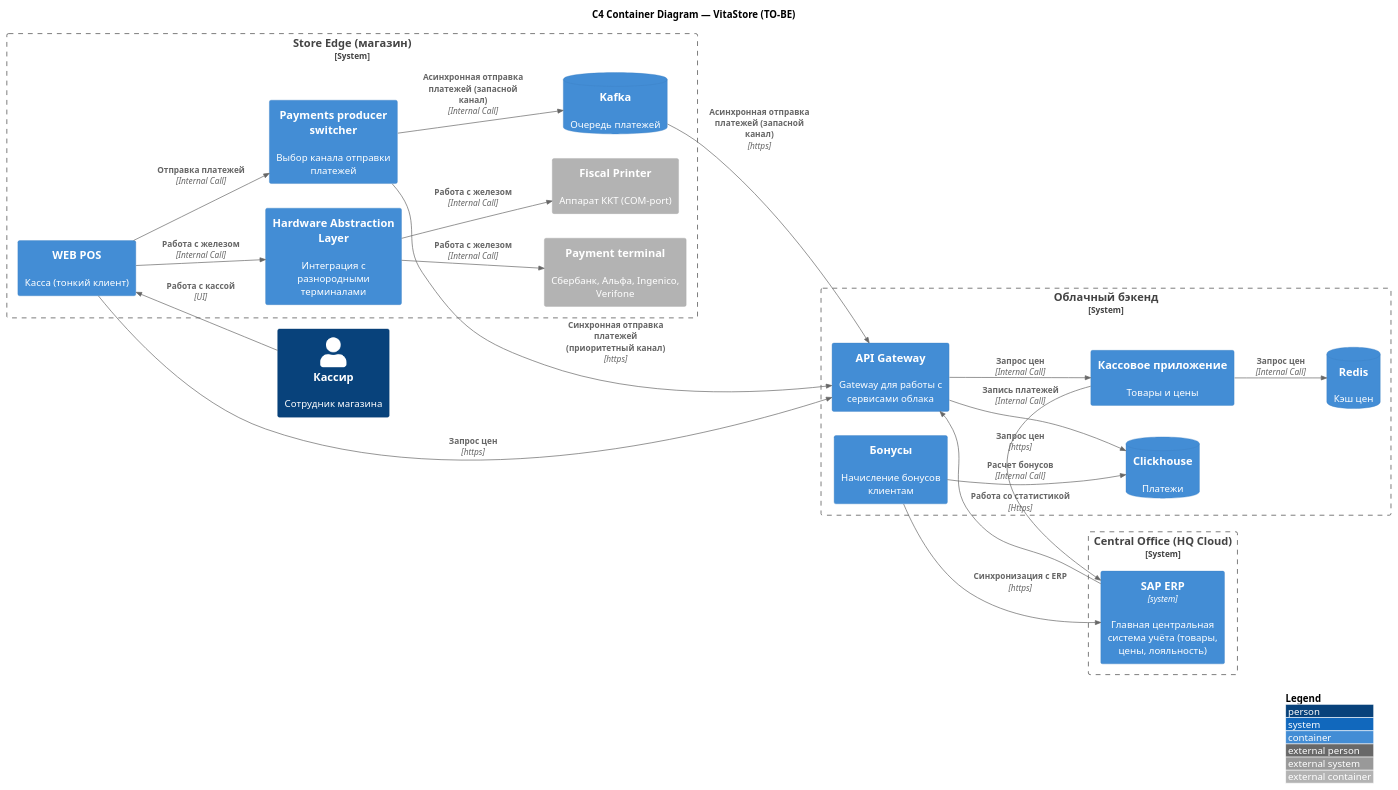
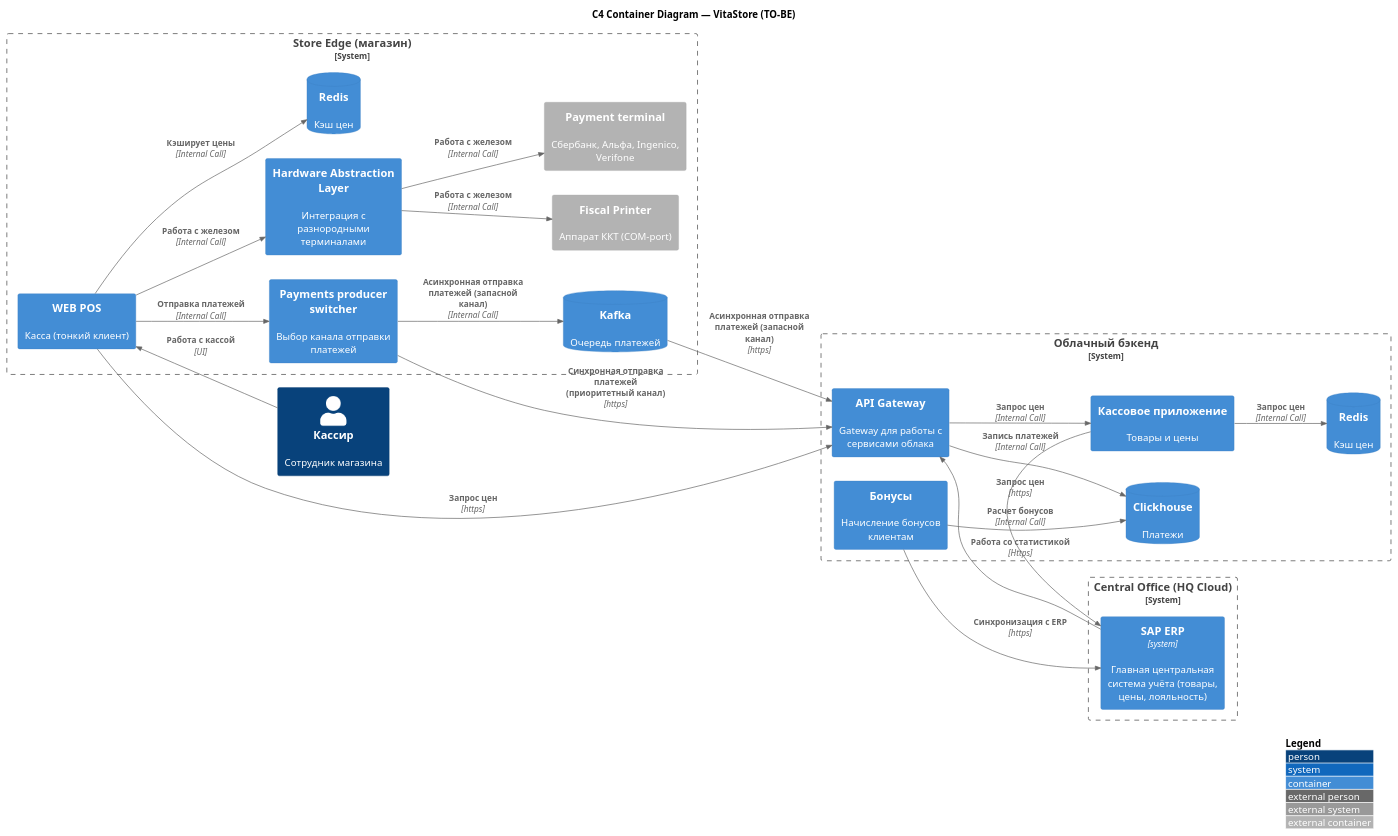
One commit to wan3s/Solution-VitaStore changed the diagram in task3/tobe.wsd. Above: the diagram before and after it, drawn with PlantUML. The commit also changed 2 other files, not shown here.

```diff
--- a/task3/tobe.wsd
+++ b/task3/tobe.wsd
@@ -1,175 +1,177 @@
 @startuml
 !include https://raw.githubusercontent.com/plantuml-stdlib/C4-PlantUML/master/C4_Container.puml
 
 LAYOUT_WITH_LEGEND()
 LAYOUT_LEFT_RIGHT()
 
 title C4 Container Diagram — VitaStore (TO-BE)
 
 ' ====================== Акторы ======================
 Person(cashier, "Кассир", "Сотрудник магазина")
 
 ' ====================== Микросервисы ======================
 
 System_Boundary(hqCloud, "Central Office (HQ Cloud)", "[system]") {
     Container(sapERP, "SAP ERP", "system", "Главная центральная система учёта (товары, цены, лояльность)")
 }
 
 
 System_Boundary(storeEdge, "Store Edge (магазин)") {
 
     Container(webPOS, "WEB POS", "", "Касса (тонкий клиент)")
     Container(hal, "Hardware Abstraction Layer", "", "Интеграция с разнородными терминалами")
 
     Container_Ext(terminal, "Payment terminal", "", "Сбербанк, Альфа, Ingenico, Verifone")
     Container_Ext(fiscalPrinter, "Fiscal Printer", "", "Аппарат ККТ (COM-port)")
     Container(paymentsProducer, "Payments producer switcher", "", "Выбор канала отправки платежей")
+
     ContainerDb(paymentsQueue, "Kafka", "", "Очередь платежей") 
-
+    ContainerDb(storeEdgePricesCache, "Redis", "", "Кэш цен") 
 }
 
 System_Boundary(cloudBackend, "Облачный бэкенд") {
     ContainerDb(paymentsClick, "Clickhouse", "", "Платежи") 
     ContainerDb(pricesCache, "Redis", "", "Кэш цен") 
 
     Container(prices, "Кассовое приложение", "", "Товары и цены")
     Container(apiGateway, "API Gateway", "", "Gateway для работы с сервисами облака")
 
     Container(bonuses, "Бонусы", "", "Начисление бонусов клиентам")
 }
 
 ' ====================== Связи ======================
 Rel(prices, sapERP, "Запрос цен", "https")
 Rel(prices, pricesCache, "Запрос цен", "Internal Call")
 
 Rel_U(cashier, webPOS, "Работа с кассой", "UI")
 
 Rel(webPOS, hal, "Работа с железом", "Internal Call")
 Rel(webPOS, apiGateway, "Запрос цен", "https")
 Rel(webPOS, paymentsProducer, "Отправка платежей", "Internal Call")
+Rel(webPOS, storeEdgePricesCache, "Кэширует цены", "Internal Call")
 Rel(paymentsProducer, apiGateway, "Синхронная отправка платежей (приоритетный канал)", "https")
 Rel(paymentsProducer, paymentsQueue, "Асинхронная отправка платежей (запасной канал)", "Internal Call")
 
 Rel(paymentsQueue, apiGateway, "Асинхронная отправка платежей (запасной канал)", "https")
 
 Rel(hal, terminal, "Работа с железом", "Internal Call")
 Rel(hal, fiscalPrinter, "Работа с железом", "Internal Call")
 
 Rel(apiGateway, paymentsClick, "Запись платежей", "Internal Call")
 Rel(apiGateway, prices, "Запрос цен", "Internal Call")
 
 Rel(sapERP, apiGateway, "Работа со статистикой", "Https")
 Rel(bonuses, paymentsClick, "Расчет бонусов", "Internal Call")
 Rel(bonuses, sapERP, "Синхронизация с ERP", "https")
 
 ' Person_Ext(endUser, "Пользователь сайта/приложения", "Просматривает рекламу, кликает по баннерам")
 
 ' System_Ext(dspPartner, "DSP-партнёр", "Отправляет bid requests, получает bid responses по OpenRTB")
 ' System_Ext(paymentGateway, "Платёжный шлюз", "Обработка пополнения рекламных бюджетов")
 ' Container_Ext(apiGateway, "API Gateway", "Kong / Nginx", "Routing, rate limiting, circuit breaker")
 ' Container_Ext(campaignsKafka, "Apache Kafk", "Kafka 3.x", "Отправка новых и изменённых рекламных кампаний")
 ' Container_Ext(statsKafka, "Apache Kafk", "Kafka 3.x", "Отправка статистики кликов")
 
 ' ' ====================== Микросервисы ======================
 
 ' Container(adServer, "Ad Server", "Go", "Принимает HTTP-запросы, определяет пользователя, подбирает кандидатов в рекламу. Оркестратор") 
 ' Container(auctionEngine, "Auction Engine", "Go", "Взвешивание ставок, бизнес-правила, расчёт победителя аукциона") 
 ' Container(deliveryService, "Delivery Service", "Node.js", "Формирует HTML/JS-разметку баннера и HTTP response")
 
 ' Container(campaignsCache, "Redis Cache", "Redis 7", "Кэш кампаний")
 ' Container(bidsCache, "Redis Cache", "Redis 7", "Кэш ставок)")
 
 
 ' Container(financialService, "Financial Service", "Go", "Списание средств, выставление счетов, управление балансами")
 ' Container(analyticsService, "Analytics Service", "Python", "Аналитические SQL-запросы по production-БД") 
 ' Container(adCabinet, "Advertiser Dashboard", "Node.js + JavaScript", "Web UI: управление кампаниями, отчётность")
 ' Container(statsService, "Statistics Service", "Python", "Запись кликов и показов") 
 
 ' ' ====================== База данных ======================
 ' ContainerDb(bidsPG, "PostgreSQL", "PostgreSQL (read-реплики)", "Ставки") 
 ' ContainerDb(campaignsPG, "PostgreSQL", "PostgreSQL", "Кампании") 
 ' ContainerDb(finPG, "PostgreSQL", "PostgreSQL (шарды, read-реплики)", "Балансы, транзакции") 
 ' ContainerDb(statsClickHouse, "ClickHouse", "События, аналитика") 
 
 ' ' ====================== Связи ======================
 
 ' Rel_U(endUser, apiGateway, "HTTPS", "Просмотр рекламы и клики")
 ' Rel_U(advertiser, apiGateway, "HTTPS", "Управляет кампаниями и бюджетами")
 ' Rel_U(dspPartner, apiGateway, "Bid requests / responses", "OpenRTB")
 
 
 ' Rel(apiGateway, adServer, "Запрос на показ рекламы", "Internal Call")
 ' Rel(apiGateway, adCabinet, "Управляет кампаниями и бюджетами", "Internal Call")
 ' Rel(apiGateway, statsKafka, "Регистрирует показы и клики", "Async")
 ' Rel(statsKafka, statsService, "Считывает показы и клики", "Internal Call")
 
 ' Rel(adServer, auctionEngine, "Передаёт кандидатов", "Internal Call")
 ' Rel(adServer, deliveryService, "Запрашивает генерацию баннера для победителя", "Internal Call")
 
 ' Rel(adCabinet, financialService, "Управление финансами", "Internal Call")
 ' Rel(adCabinet, analyticsService, "Запросы аналитики", "Internal Call")
 
 ' ' Связи с БД
 ' Rel(auctionEngine, bidsPG, "Ходит за ставками", "Sync")
 ' Rel(auctionEngine, bidsCache, "Кэширует ставки", "Sync")
 
 ' Rel(adServer, campaignsCache, "Сохраняет рекламные кампании в кэш, а затем их читает", "Async")
 ' Rel(campaignsKafka, adServer, "Читает рекламные кампании", "Async")
 
 ' Rel(adCabinet, bidsPG, "Управление ставками")
 ' Rel(adCabinet, campaignsPG, "Управление кампаниями")
 ' Rel(adCabinet, campaignsKafka, "Отправка изменений кампаний. При старте пушит все кампании, чтобы прогреть кэш", "Async")
 
 ' Rel(statsService, statsClickHouse, "Прямая запись событий", "Direct Write")
 
 ' Rel(financialService, finPG, "Балансы, транзакции", "Sync")
 ' Rel(financialService, paymentGateway, "Пополнение бюджета", "HTTPS / REST")
 
 ' Rel(analyticsService, statsClickHouse, "Тяжёлые аналитические запросы", "JDBC")
 ' Rel(adServer, campaignsPG, "Чтение данных для таргетинга", "JDBC")
 
 ' Принудительное расположение (layout hints)
 ' Lay_D(adServer, auctionEngine)
 ' Lay_D(auctionEngine, deliveryService)
 ' Lay_D(deliveryService, statsService)
 ' Lay_R(statsService, financialService)
 ' Lay_R(financialService, analyticsService)
 ' Lay_D(adCabinet, postgres)
 
 ' ' ====================== Аннотации проблемных мест ======================
 
 ' note right of auctionEngine
 '   **⚠ Критический bottleneck**
 '   Синхронные вызовы к БД
 '   в hot path (SLA ≤ 100 ms)
 ' end note
 
 ' note right of postgres
 '   **⚠ Single Point of Failure**
 '   Одна инстанция — нет HA
 '   Нет read-replicas
 '   OLTP + аналитика конкурируют
 ' end note
 
 ' note bottom of statsService
 '   **⚠ Write bottleneck**
 '   Прямая запись без буферизации / очередей
 '   Конкуренция за ресурсы БД
 ' end note
 
 ' note bottom of analyticsService
 '   **⚠ Блокировки и рост latency**
 '   Heavy queries напрямую на production-БД
 ' end note
 
 ' ' ====================== Легенда с метриками ======================
 ' legend right
 '   <#FF0000> **15 000 RPS (пик)** 
 '   <#FF7700> **P95 latency: 110–120 ms** (требование ≤ 100 ms)
 '   <#FF7700> Периодические деградации в часы пик
 '   <#FF0000> Нет запаса по производительности
 '   <#888888> Деплой: вручную, без контейнеризации
 '   <#888888> Кэширование: отсутствует
 '   <#888888> Асинхронные очереди: отсутствуют
 ' endlegend
 @enduml
```
